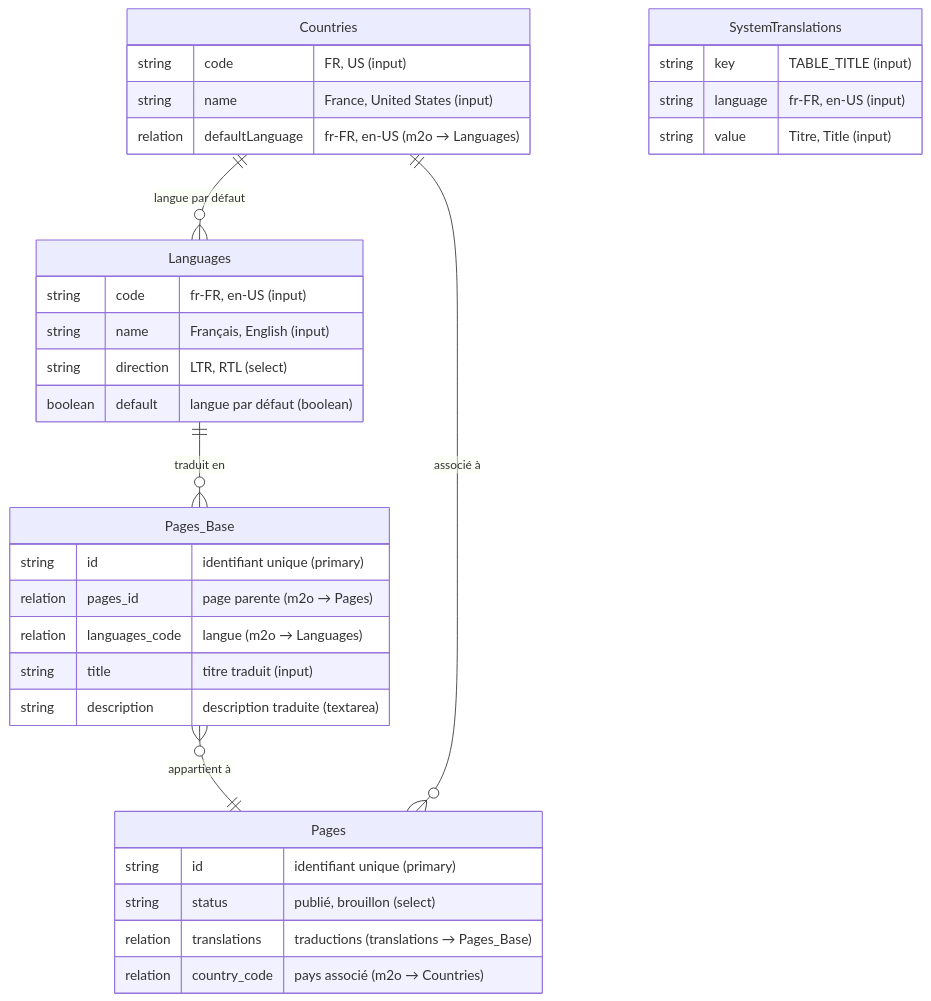
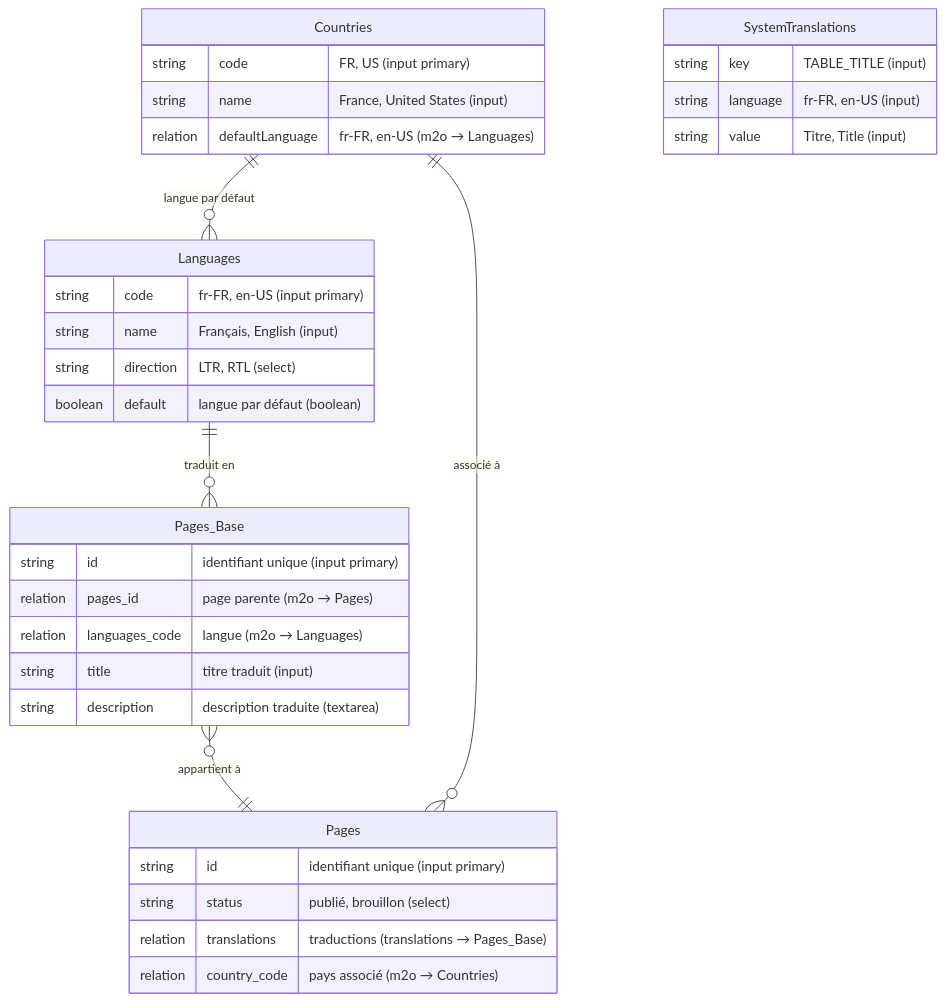
One commit to idee-web/directus-extension-display-translations-context changed the diagram in README.md. Above: the diagram before and after it, drawn with Mermaid. The commit also changed other lines of this file and 2 other files, not shown here.

````diff
--- a/README.md
+++ b/README.md
@@ -322,41 +371,41 @@
 ```mermaid
 erDiagram
     Languages ||--o{ Pages_Base : "traduit en"
     Pages_Base }o--|| Pages : "appartient à"
     Countries ||--o{ Pages : "associé à"
     Countries ||--o{ Languages : "langue par défaut"
 
     Languages {
-        string code "fr-FR, en-US (input)"
+        string code "fr-FR, en-US (input primary)"
         string name "Français, English (input)"
         string direction "LTR, RTL (select)"
         boolean default "langue par défaut (boolean)"
     }
 
     Countries {
-        string code "FR, US (input)"
+        string code "FR, US (input primary)"
         string name "France, United States (input)"
         relation defaultLanguage "fr-FR, en-US (m2o → Languages)"
     }
 
     Pages {
-        string id "identifiant unique (primary)"
+        string id "identifiant unique (input primary)"
         string status "publié, brouillon (select)"
         relation translations "traductions (translations → Pages_Base)"
         relation country_code "pays associé (m2o → Countries)"
     }
 
     Pages_Base {
-        string id "identifiant unique (primary)"
+        string id "identifiant unique (input primary)"
         relation pages_id "page parente (m2o → Pages)"
         relation languages_code "langue (m2o → Languages)"
         string title "titre traduit (input)"
         string description "description traduite (textarea)"
     }
 
     SystemTranslations {
         string key "TABLE_TITLE (input)"
         string language "fr-FR, en-US (input)"
         string value "Titre, Title (input)"
     }
 ```
````
